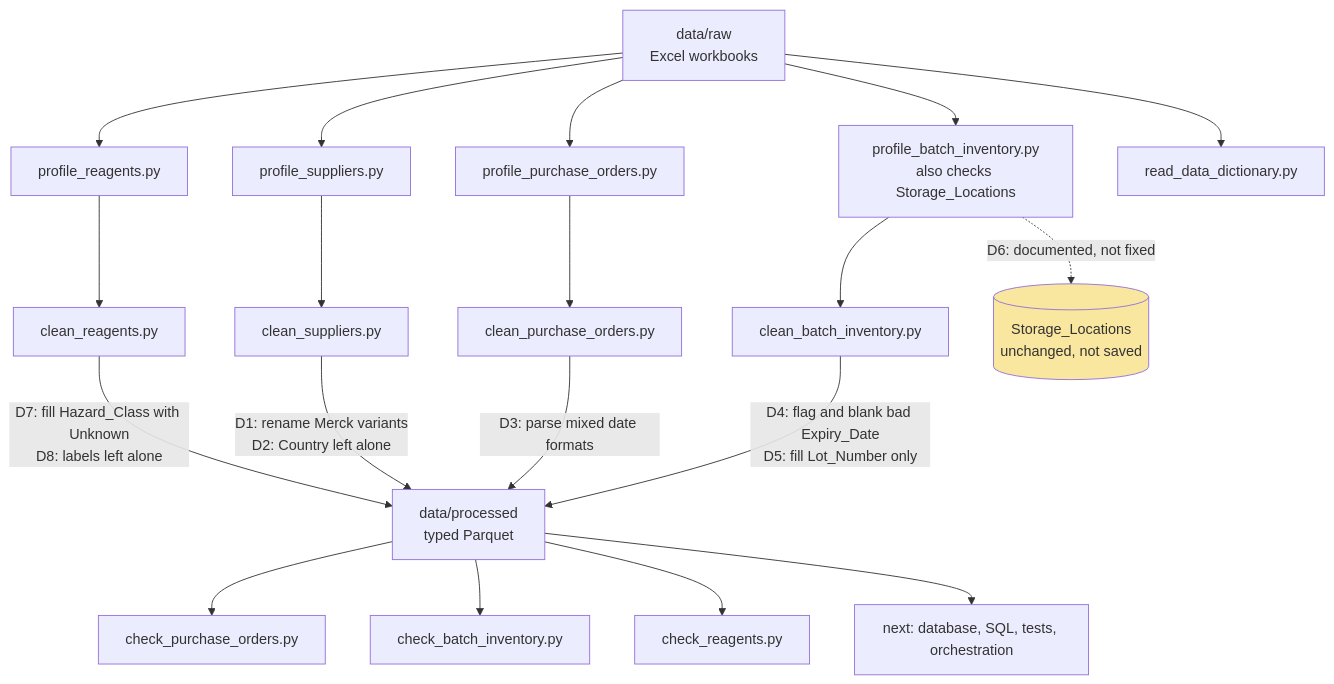
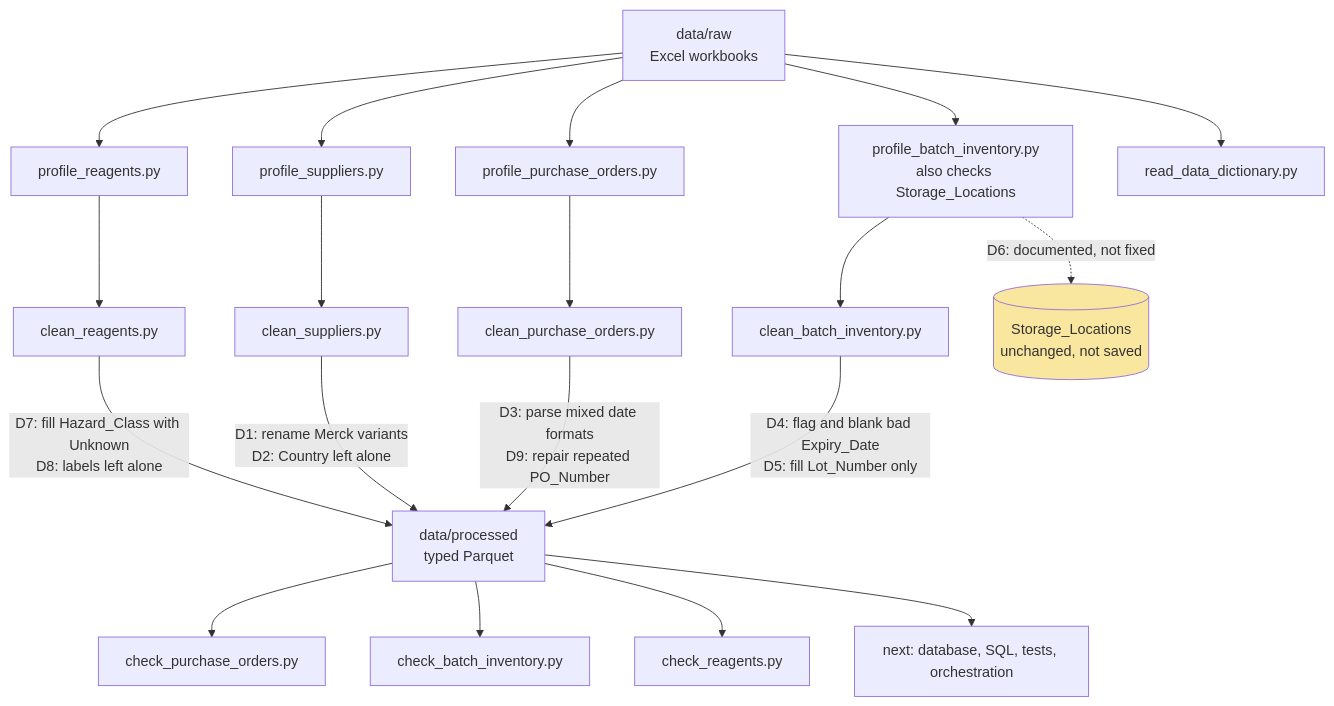
One commit to xrasana-lang/pharma-data-pipeline changed the diagram in README.md. Above: the diagram before and after it, drawn with Mermaid. The commit also changed other lines of this file, not shown here.

````diff
--- a/README.md
+++ b/README.md
@@ -19,30 +19,30 @@
 ```mermaid
 flowchart TD
     RAW["data/raw<br/>Excel workbooks"]
 
     RAW --> PR[profile_reagents.py]
     RAW --> PS[profile_suppliers.py]
     RAW --> PPO[profile_purchase_orders.py]
     RAW --> PB["profile_batch_inventory.py<br/>also checks Storage_Locations"]
     RAW --> DD[read_data_dictionary.py]
 
     PR --> CR[clean_reagents.py]
     PS --> CS[clean_suppliers.py]
     PPO --> CPO[clean_purchase_orders.py]
     PB --> CB[clean_batch_inventory.py]
     PB -.->|D6: documented, not fixed| SL[("Storage_Locations<br/>unchanged, not saved")]
 
     CS -->|"D1: rename Merck variants<br/>D2: Country left alone"| OUT
-    CPO -->|"D3: parse mixed date formats"| OUT
+    CPO -->|"D3: parse mixed date formats<br/>D9: repair repeated PO_Number"| OUT
     CB -->|"D4: flag and blank bad Expiry_Date<br/>D5: fill Lot_Number only"| OUT
     CR -->|"D7: fill Hazard_Class with Unknown<br/>D8: labels left alone"| OUT
 
     OUT["data/processed<br/>typed Parquet"]
 
     OUT --> CK1[check_purchase_orders.py]
     OUT --> CK2[check_batch_inventory.py]
     OUT --> CK3[check_reagents.py]
     OUT --> NEXT["next: database, SQL, tests, orchestration"]
 
     style SL fill:#f9e79f
 ```
````
